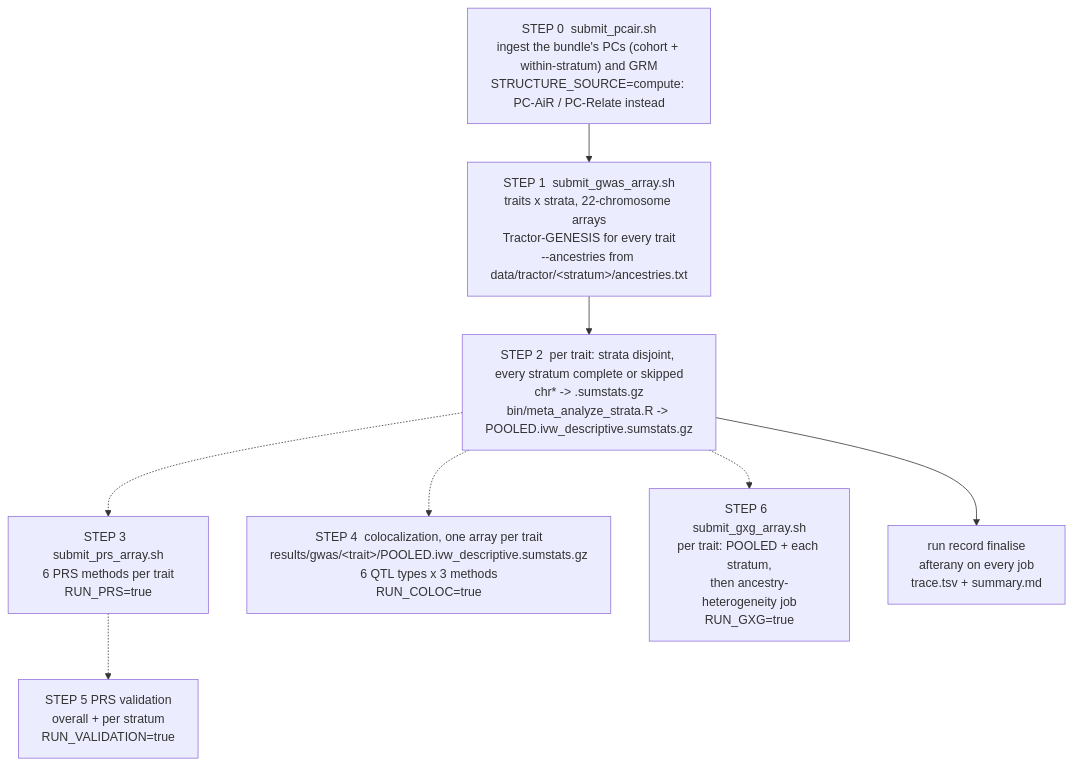
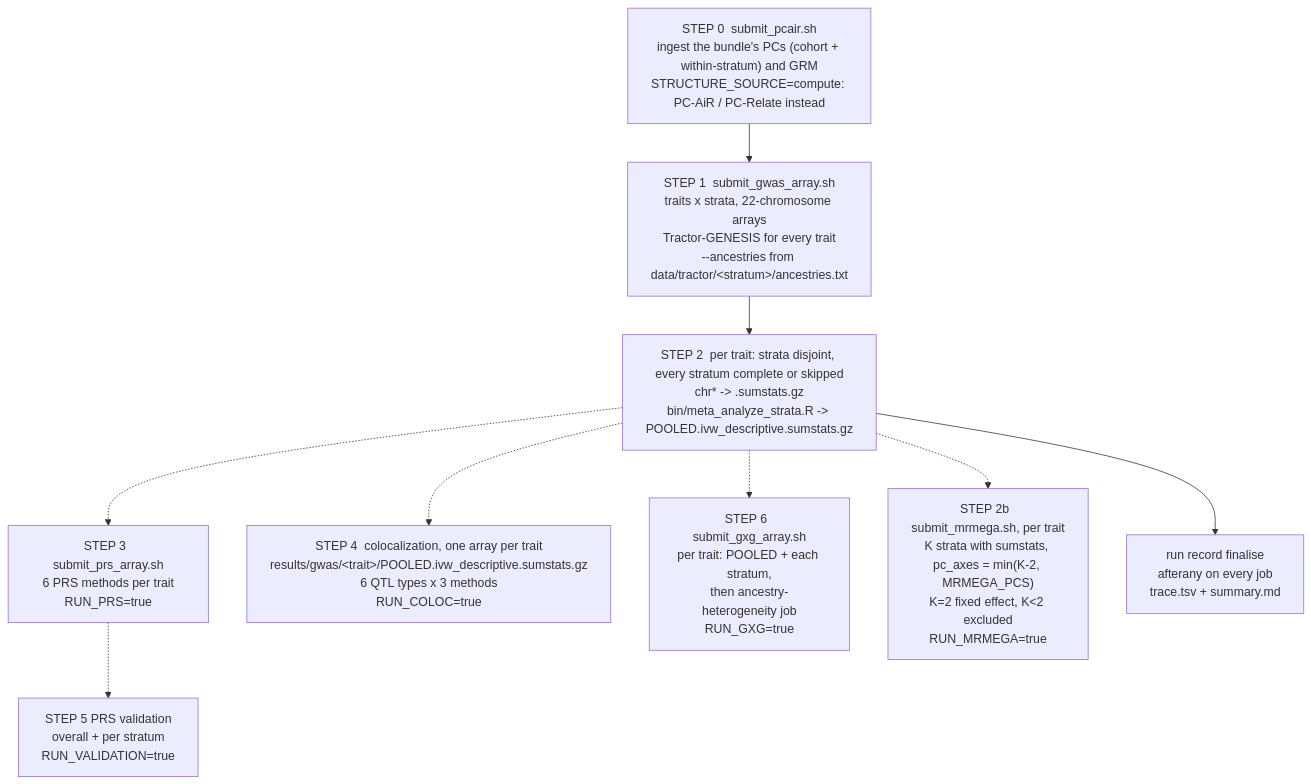
Before and after one commit to chrisrob3312/Nextflow_GWAS_pipeline: the fourth of 4 diagrams in docs/WORKFLOW.md, drawn with Mermaid. The commit also changed other lines of this file and 4 other files, not shown here.

First line of the commit message:
CP-20: MR-MEGA axes = min(K-2, MRMEGA_PCS) from the strata that have sumstats

````diff
--- a/docs/WORKFLOW.md
+++ b/docs/WORKFLOW.md
@@ -203,17 +203,19 @@
 ```mermaid
 flowchart TD
     S0["STEP 0  submit_pcair.sh<br/>ingest the bundle's PCs (cohort + within-stratum) and GRM<br/>STRUCTURE_SOURCE=compute: PC-AiR / PC-Relate instead"]
     S1["STEP 1  submit_gwas_array.sh<br/>traits x strata, 22-chromosome arrays<br/>Tractor-GENESIS for every trait<br/>--ancestries from data/tractor/&lt;stratum&gt;/ancestries.txt"]
     S0 --> S1
     S2["STEP 2  per trait: strata disjoint, every stratum complete or skipped<br/>chr* -> <stratum>.sumstats.gz<br/>bin/meta_analyze_strata.R -> POOLED.ivw_descriptive.sumstats.gz"]
     S3["STEP 3  submit_prs_array.sh<br/>6 PRS methods per trait<br/>RUN_PRS=true"]
     S4["STEP 4  colocalization, one array per trait<br/>results/gwas/&lt;trait&gt;/POOLED.ivw_descriptive.sumstats.gz<br/>6 QTL types x 3 methods<br/>RUN_COLOC=true"]
     S5["STEP 5  PRS validation<br/>overall + per stratum<br/>RUN_VALIDATION=true"]
     S6["STEP 6  submit_gxg_array.sh<br/>per trait: POOLED + each stratum,<br/>then ancestry-heterogeneity job<br/>RUN_GXG=true"]
+    S2b["STEP 2b  submit_mrmega.sh, per trait<br/>K strata with sumstats, pc_axes = min(K-2, MRMEGA_PCS)<br/>K=2 fixed effect, K&lt;2 excluded<br/>RUN_MRMEGA=true"]
+    S2 -.-> S2b
     F["run record finalise<br/>afterany on every job<br/>trace.tsv + summary.md"]
     S1 --> S2
     S2 -.-> S3 -.-> S5
     S2 -.-> S4
     S2 -.-> S6
     S2 --> F
 ```
````
